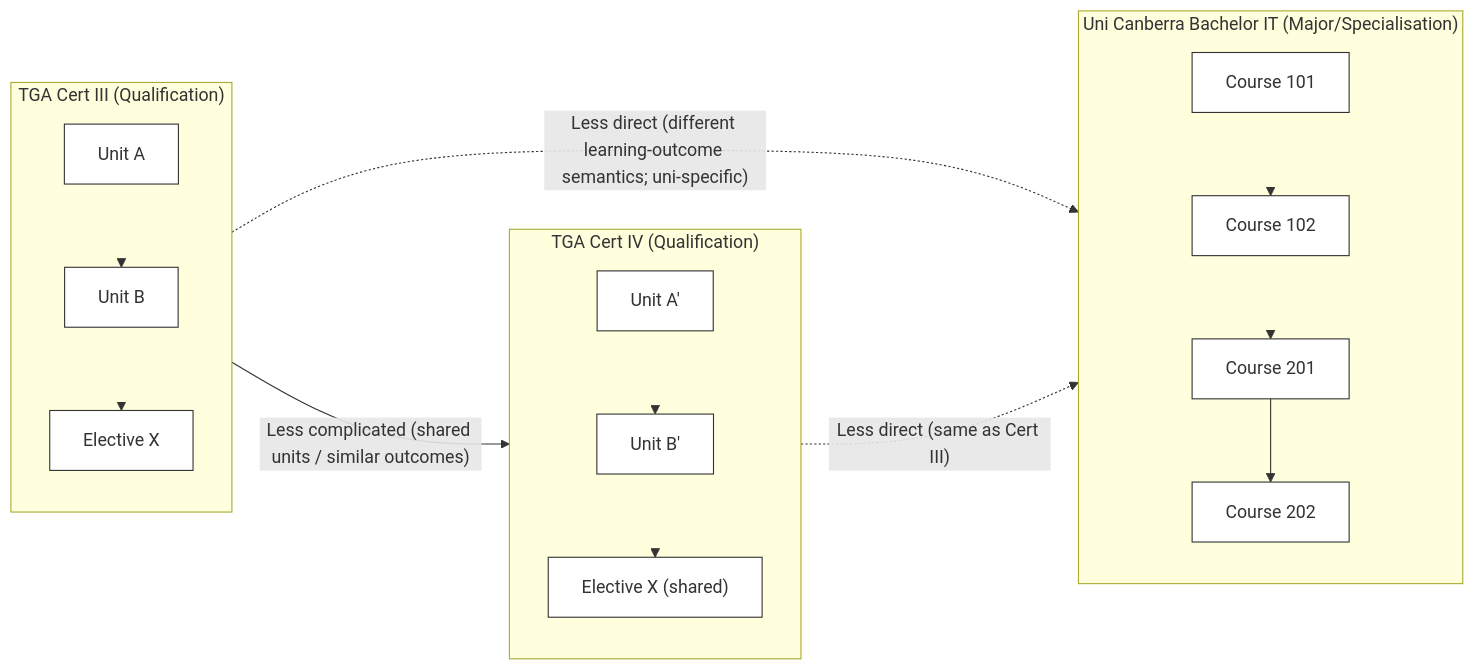
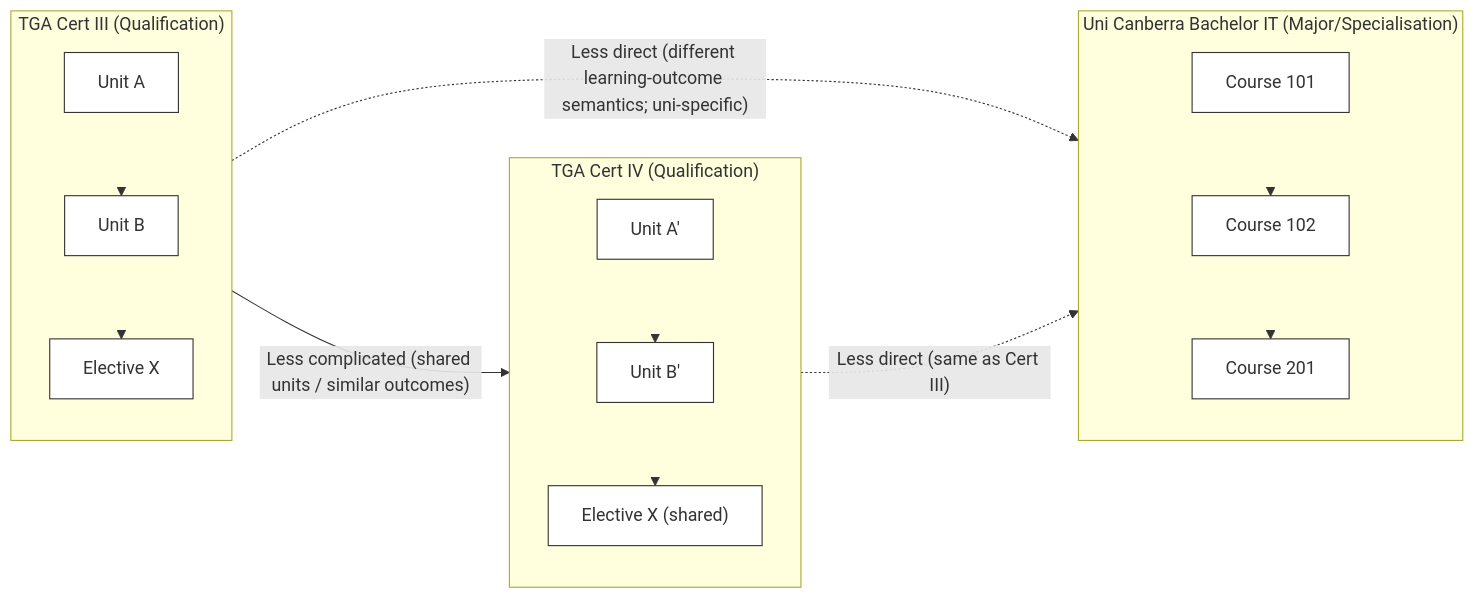
The first of 3 diagrams in reports/creditTransferModels.md (leskneebone/skills-SPARQL), drawn with Mermaid before and after one commit.

````diff
--- a/reports/creditTransferModels.md
+++ b/reports/creditTransferModels.md
@@ -1,37 +1,36 @@
 ```mermaid
 flowchart LR
   %% Diagram 1 — direct mappings (VET↔VET easier than VET↔HE)
 
   subgraph CertIII["TGA Cert III (Qualification)"]
     C3a["Unit A"]:::unit
     C3b["Unit B"]:::unit
     C3d["Elective X"]:::unit
     C3a --> C3b
     C3b --> C3d
   end
 
   subgraph CertIV["TGA Cert IV (Qualification)"]
     C4a["Unit A'"]:::unit
     C4b["Unit B'"]:::unit
     C4x["Elective X (shared)"]:::unit
     C4a --> C4b
     C4b --> C4x
   end
 
   subgraph UCBIT["Uni Canberra Bachelor IT (Major/Specialisation)"]
     UC1["Course 101"]:::unit
     UC2["Course 102"]:::unit
     UC3["Course 201"]:::unit
-    UC4["Course 202"]:::unit
-    UC1 --> UC2 --> UC3 --> UC4
+    UC1 --> UC2 --> UC3
   end
 
   CertIII -- "Less complicated (shared units / similar outcomes)" --> CertIV
   CertIII -. "Less direct (different learning-outcome semantics; uni-specific)" .-> UCBIT
   CertIV  -. "Less direct (same as Cert III)" .-> UCBIT
 
   classDef unit fill:#fff,stroke:#333,stroke-width:1px;
 
   %% hide internal ordering arrows
   linkStyle 0,1,2,3,4,5 stroke-width:0px;
 ```
````
